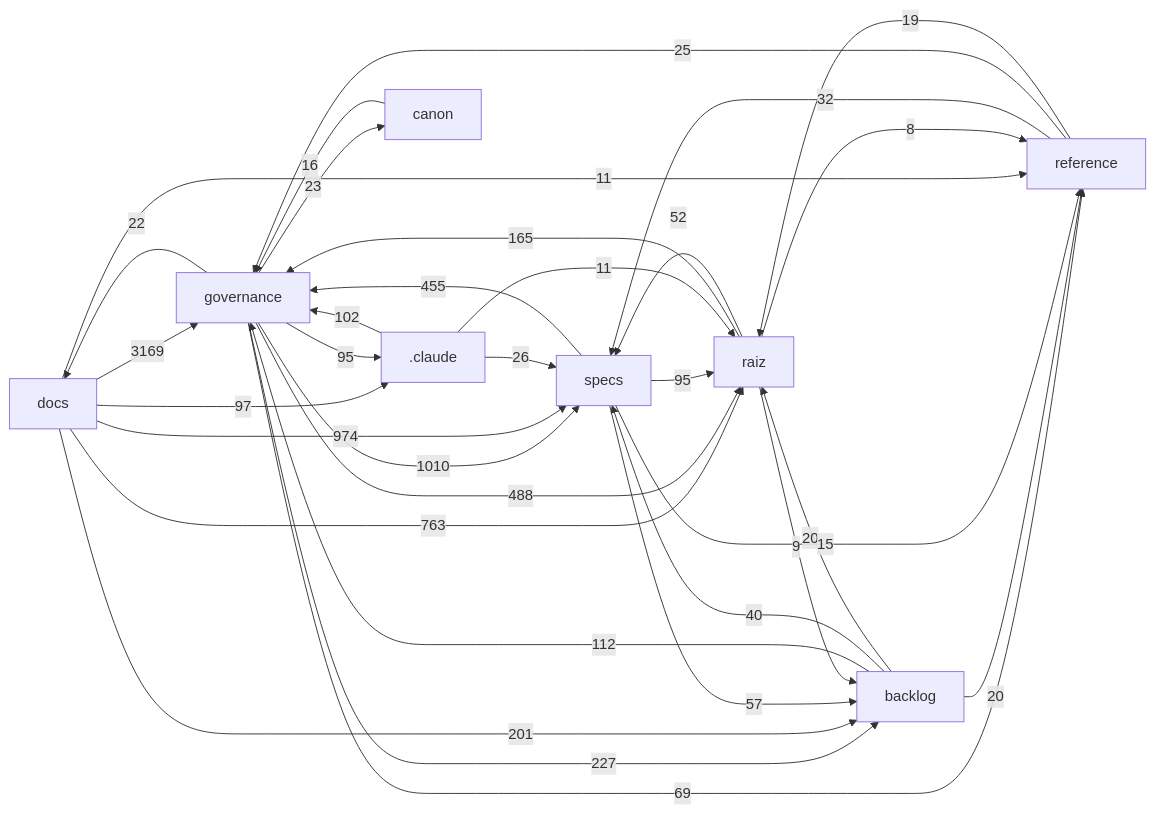
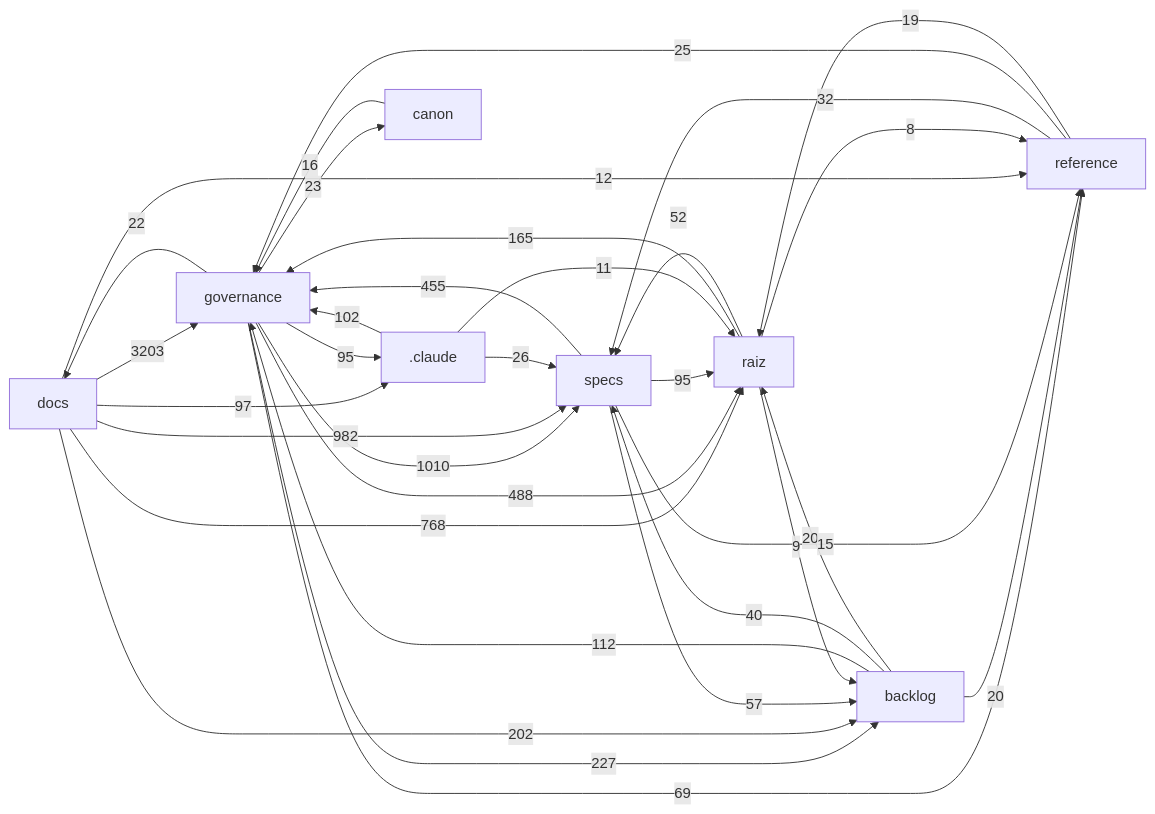
One commit to Andraus35/Sistema-Operacional-de-Trading--SOT changed the diagram in docs/mapa/MAPA-PROJETO.md. Above: the diagram before and after it, drawn with Mermaid. The commit also changed other lines of this file and 3 other files, not shown here.

````diff
--- a/docs/mapa/MAPA-PROJETO.md
+++ b/docs/mapa/MAPA-PROJETO.md
@@ -29,35 +29,35 @@
 ```mermaid
 flowchart LR
-  docs["docs"] -->|3169| governance["governance"]
+  docs["docs"] -->|3203| governance["governance"]
   governance["governance"] -->|1010| specs["specs"]
-  docs["docs"] -->|974| specs["specs"]
-  docs["docs"] -->|763| raiz["raiz"]
+  docs["docs"] -->|982| specs["specs"]
+  docs["docs"] -->|768| raiz["raiz"]
   governance["governance"] -->|488| raiz["raiz"]
   specs["specs"] -->|455| governance["governance"]
   governance["governance"] -->|227| backlog["backlog"]
-  docs["docs"] -->|201| backlog["backlog"]
+  docs["docs"] -->|202| backlog["backlog"]
   raiz["raiz"] -->|165| governance["governance"]
   backlog["backlog"] -->|112| governance["governance"]
   _claude[".claude"] -->|102| governance["governance"]
   docs["docs"] -->|97| _claude[".claude"]
   governance["governance"] -->|95| _claude[".claude"]
   specs["specs"] -->|95| raiz["raiz"]
   governance["governance"] -->|69| reference["reference"]
   specs["specs"] -->|57| backlog["backlog"]
   raiz["raiz"] -->|52| specs["specs"]
   backlog["backlog"] -->|40| specs["specs"]
   reference["reference"] -->|32| specs["specs"]
   _claude[".claude"] -->|26| specs["specs"]
   reference["reference"] -->|25| governance["governance"]
   governance["governance"] -->|23| canon["canon"]
   governance["governance"] -->|22| docs["docs"]
   backlog["backlog"] -->|20| raiz["raiz"]
   backlog["backlog"] -->|20| reference["reference"]
   reference["reference"] -->|19| raiz["raiz"]
   canon["canon"] -->|16| governance["governance"]
   specs["specs"] -->|15| reference["reference"]
+  docs["docs"] -->|12| reference["reference"]
   _claude[".claude"] -->|11| raiz["raiz"]
-  docs["docs"] -->|11| reference["reference"]
   raiz["raiz"] -->|9| backlog["backlog"]
   raiz["raiz"] -->|8| reference["reference"]
 ```
````
